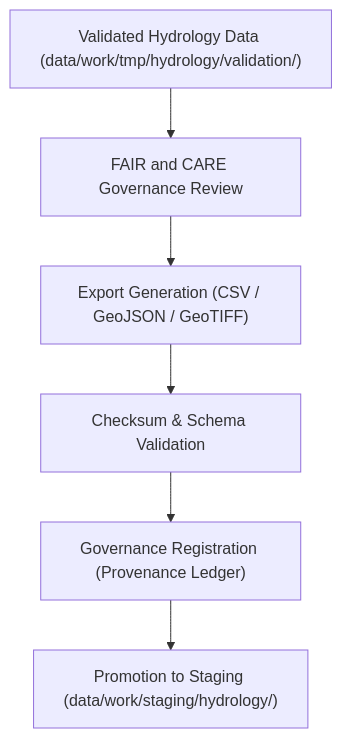
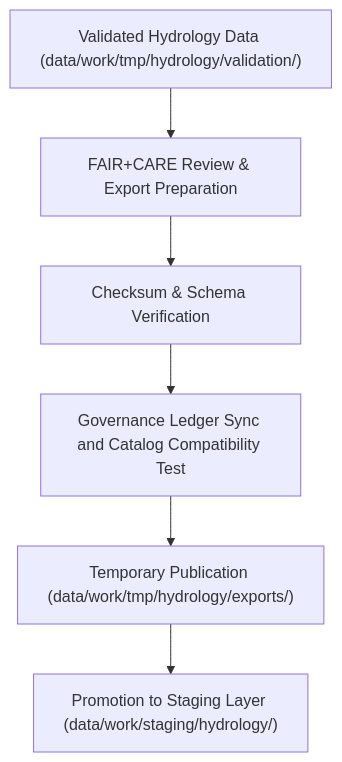
One commit to bartytime4life/Kansas-Frontier-Matrix changed the diagram in data/work/tmp/hydrology/exports/README.md. Above: the diagram before and after it, drawn with Mermaid. The commit also changed other lines of this file, not shown here.

````diff
--- a/data/work/tmp/hydrology/exports/README.md
+++ b/data/work/tmp/hydrology/exports/README.md
@@ -67,8 +64,8 @@
 ```mermaid
 flowchart TD
-    A["Validated Hydrology Data (data/work/tmp/hydrology/validation/)"] --> B["FAIR and CARE Governance Review"]
-    B --> C["Export Generation (CSV / GeoJSON / GeoTIFF)"]
-    C --> D["Checksum & Schema Validation"]
-    D --> E["Governance Registration (Provenance Ledger)"]
-    E --> F["Promotion to Staging (data/work/staging/hydrology/)"]
+    A["Validated Hydrology Data (data/work/tmp/hydrology/validation/)"] --> B["FAIR+CARE Review & Export Preparation"]
+    B --> C["Checksum & Schema Verification"]
+    C --> D["Governance Ledger Sync and Catalog Compatibility Test"]
+    D --> E["Temporary Publication (data/work/tmp/hydrology/exports/)"]
+    E --> F["Promotion to Staging Layer (data/work/staging/hydrology/)"]
 ```
````
